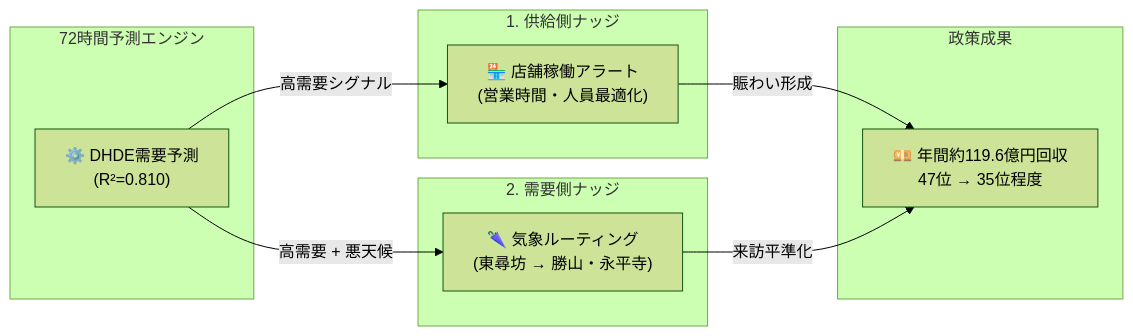
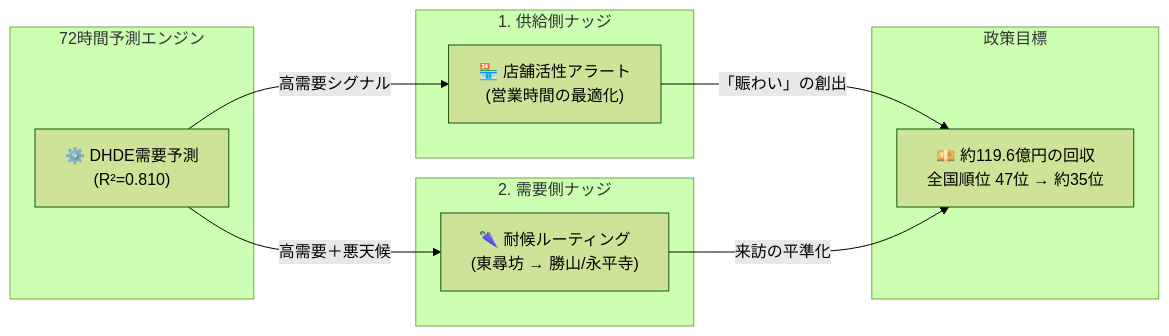
One commit to dinabelay-hub/hokuriku-tourism-ai-governance changed the second of 2 diagrams in output/HOKURIKU_TOURISM_AI_GOVERNANCE_STRATEGY.ja.md. Above: the diagram before and after it, drawn with Mermaid (forest theme). The commit also changed other lines of this file, not shown here.

````diff
--- a/output/HOKURIKU_TOURISM_AI_GOVERNANCE_STRATEGY.ja.md
+++ b/output/HOKURIKU_TOURISM_AI_GOVERNANCE_STRATEGY.ja.md
@@ -179,19 +103,19 @@
 ```mermaid
 graph LR
-    subgraph Forecast["72時間予測エンジン"]
-        F["⚙️ DHDE需要予測<br/>(R²=0.810)"]
-    end
-    subgraph Supply["1. 供給側ナッジ"]
-        SN["🏪 店舗稼働アラート<br/>(営業時間・人員最適化)"]
-    end
-    subgraph Demand["2. 需要側ナッジ"]
-        DN["🌂 気象ルーティング<br/>(東尋坊 → 勝山・永平寺)"]
-    end
-    subgraph Outcome["政策成果"]
-        R["💴 年間約119.6億円回収<br/>47位 → 35位程度"]
-    end
-    F -->|"高需要シグナル"| SN
-    F -->|"高需要 + 悪天候"| DN
-    SN -->|"賑わい形成"| R
-    DN -->|"来訪平準化"| R
+	subgraph Forecast["72時間予測エンジン"]
+		F["⚙️ DHDE需要予測<br/>(R²=0.810)"]
+	end
+	subgraph Supply["1. 供給側ナッジ"]
+		SN["🏪 店舗活性アラート<br/>(営業時間の最適化)"]
+	end
+	subgraph Demand["2. 需要側ナッジ"]
+		DN["🌂 耐候ルーティング<br/>(東尋坊 → 勝山/永平寺)"]
+	end
+	subgraph Outcome["政策目標"]
+		R["💴 約119.6億円の回収<br/>全国順位 47位 → 約35位"]
+	end
+	F -->|"高需要シグナル"| SN
+	F -->|"高需要＋悪天候"| DN
+	SN -->|"「賑わい」の創出"| R
+	DN -->|"来訪の平準化"| R
 ```
````
